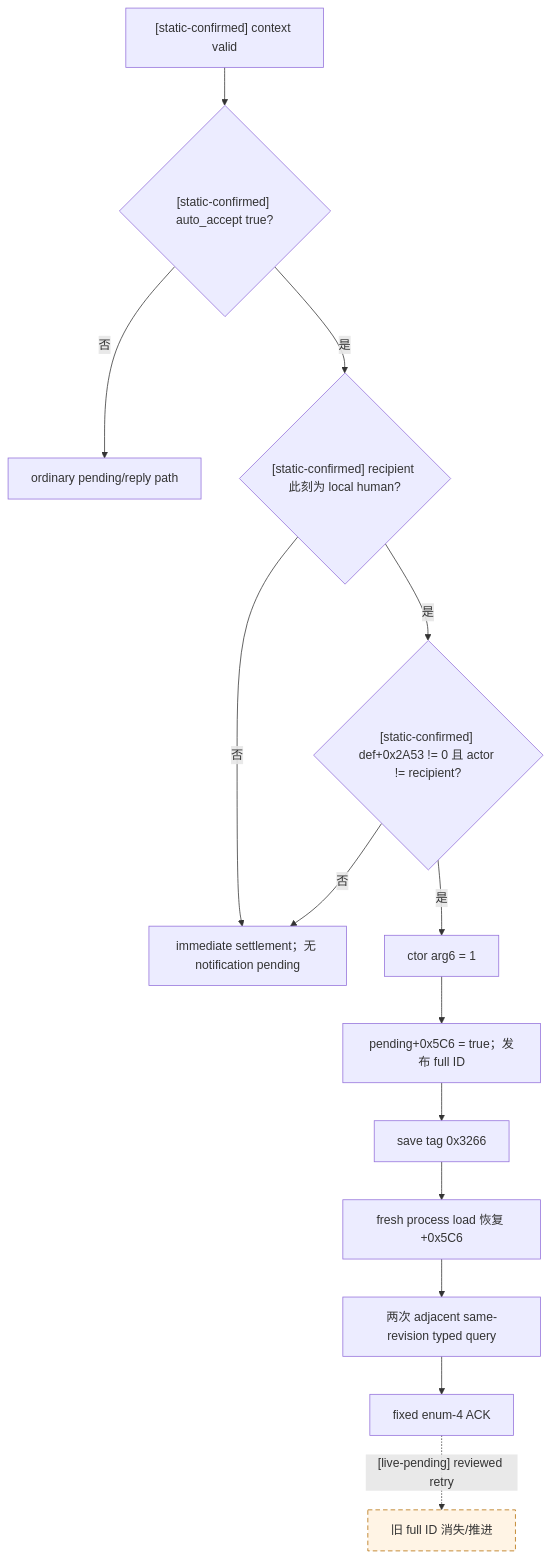
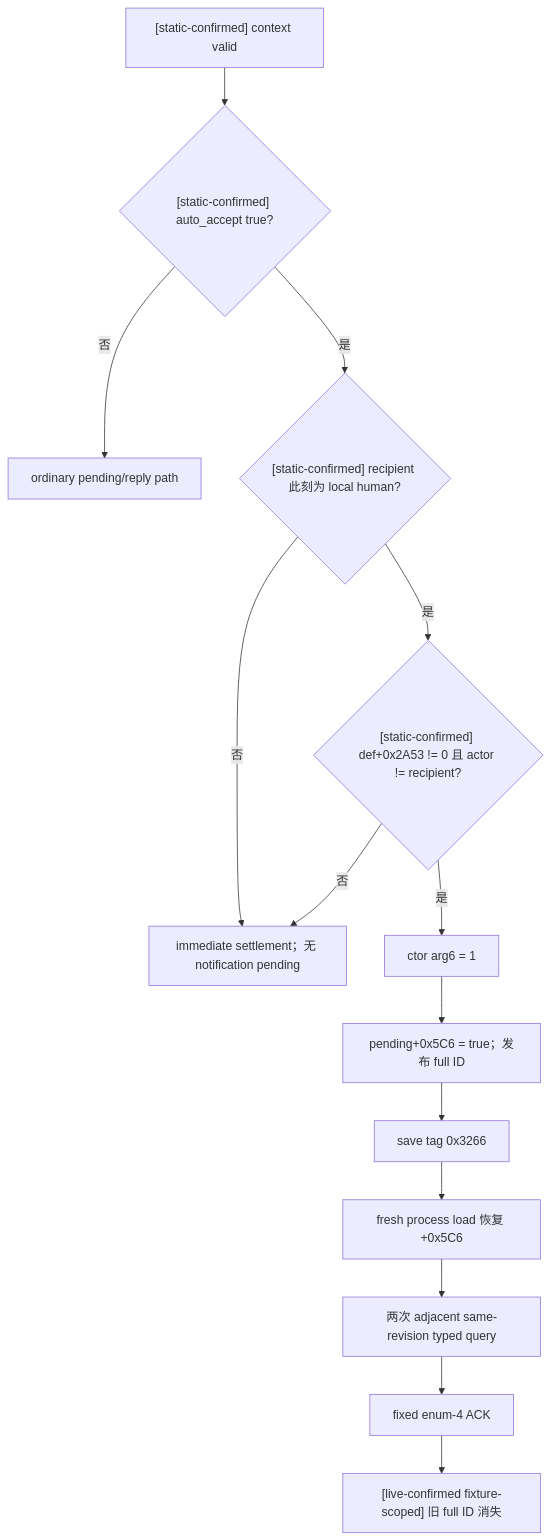
One commit to XenoAmess/ck3_eternal_recurrence changed the first of 2 diagrams in docs/ck3-native-ai/interaction-notification-ack-live-fixture.md. Above: the diagram before and after it, drawn with Mermaid. The commit also changed other lines of this file and 2 other files, not shown here.

Commit message:
Document live notification acknowledgement

````diff
--- a/docs/ck3-native-ai/interaction-notification-ack-live-fixture.md
+++ b/docs/ck3-native-ai/interaction-notification-ack-live-fixture.md
@@ -72,18 +75,16 @@
 ```mermaid
 flowchart TD
     V["[static-confirmed] context valid"] --> A{"[static-confirmed] auto_accept true?"}
     A -->|否| O["ordinary pending/reply path"]
     A -->|是| H{"[static-confirmed] recipient 此刻为 local human?"}
     H -->|否| I["immediate settlement；无 notification pending"]
     H -->|是| F{"[static-confirmed] def+0x2A53 != 0 且 actor != recipient?"}
     F -->|否| I
     F -->|是| C["ctor arg6 = 1"]
     C --> P["pending+0x5C6 = true；发布 full ID"]
     P --> S["save tag 0x3266"]
     S --> L["fresh process load 恢复 +0x5C6"]
     L --> Q["两次 adjacent same-revision typed query"]
     Q --> K["fixed enum-4 ACK"]
-    K -. "[live-pending] reviewed retry" .-> D["旧 full ID 消失/推进"]
-    classDef pending stroke-dasharray: 6 4,fill:#fff4e5,stroke:#b36b00;
-    class D pending;
+    K --> D["[live-confirmed fixture-scoped] 旧 full ID 消失"]
 ```
````
